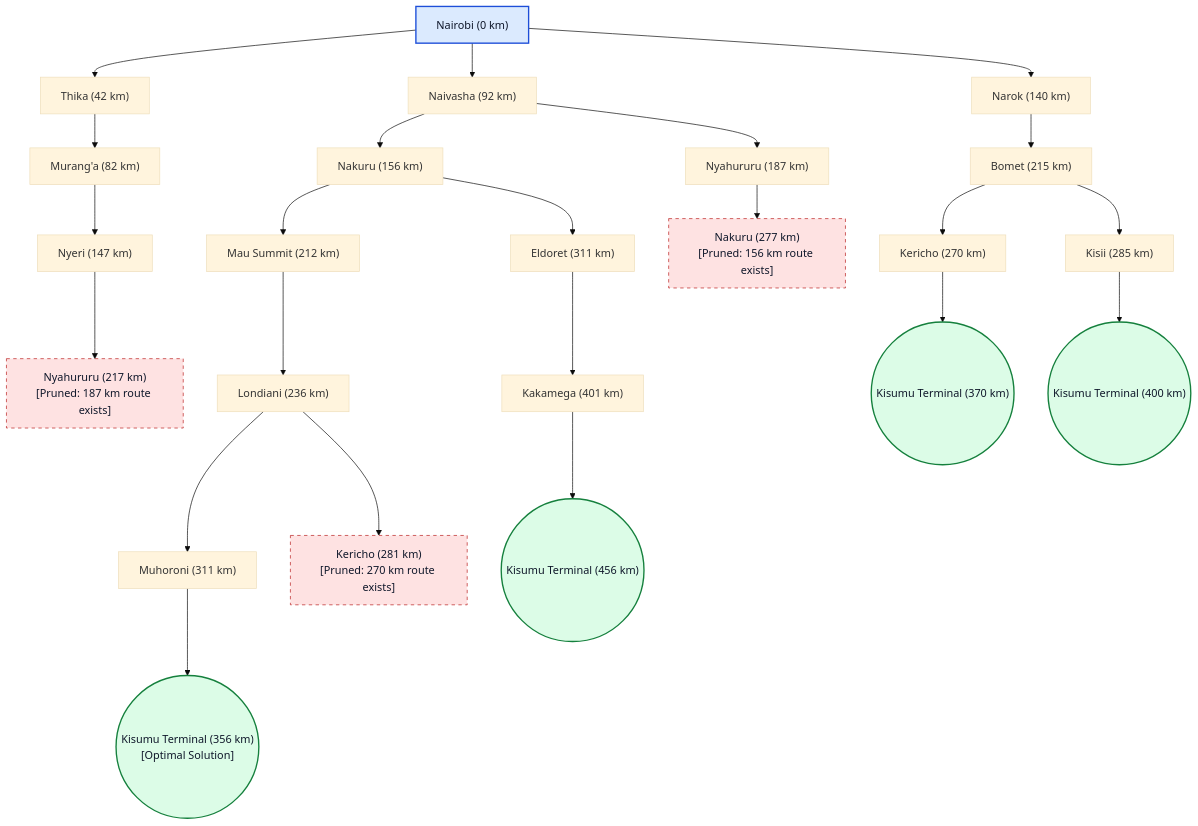
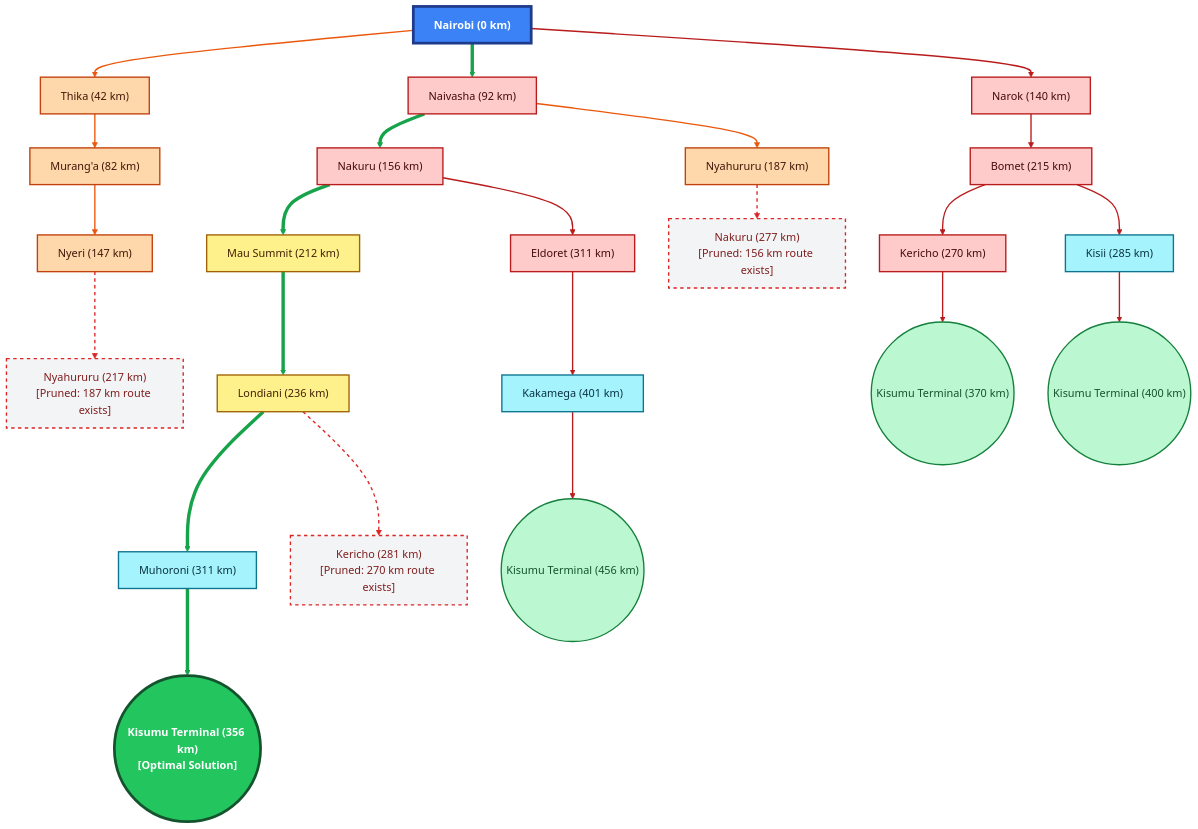
The fourth of 4 diagrams in design.md (Kerry-lab/PS-Agents), drawn with Mermaid (base theme) before and after one commit. The commit also changed other lines of this file, not shown here.

````diff
--- a/design.md
+++ b/design.md
@@ -146,38 +199,60 @@
 ```mermaid
 flowchart TD
     ROOT["Nairobi (0 km)"]
 
     ROOT --> BRANCH_THK["Thika (42 km)"]
     BRANCH_THK --> BRANCH_MRG["Murang'a (82 km)"]
     BRANCH_MRG --> BRANCH_NYR["Nyeri (147 km)"]
     BRANCH_NYR --> PRUNED_NYH["Nyahururu (217 km)<br/>[Pruned: 187 km route exists]"]
 
     ROOT --> BRANCH_NVS["Naivasha (92 km)"]
     BRANCH_NVS --> BRANCH_NKR["Nakuru (156 km)"]
     BRANCH_NKR --> BRANCH_MSM["Mau Summit (212 km)"]
     BRANCH_MSM --> BRANCH_LDN["Londiani (236 km)"]
     BRANCH_LDN --> BRANCH_MHR["Muhoroni (311 km)"]
     BRANCH_MHR --> GOAL_PRIMARY(("Kisumu Terminal (356 km)<br/>[Optimal Solution]"))
 
     BRANCH_LDN --> PRUNED_KRC["Kericho (281 km)<br/>[Pruned: 270 km route exists]"]
     BRANCH_NKR --> BRANCH_ELD["Eldoret (311 km)"]
     BRANCH_ELD --> BRANCH_KKM["Kakamega (401 km)"]
     BRANCH_KKM --> GOAL_NORTHERN(("Kisumu Terminal (456 km)"))
 
     BRANCH_NVS --> BRANCH_NYH["Nyahururu (187 km)"]
     BRANCH_NYH --> PRUNED_NKR["Nakuru (277 km)<br/>[Pruned: 156 km route exists]"]
 
     ROOT --> BRANCH_NRK["Narok (140 km)"]
     BRANCH_NRK --> BRANCH_BMT["Bomet (215 km)"]
     BRANCH_BMT --> BRANCH_KRC["Kericho (270 km)"]
     BRANCH_KRC --> GOAL_SOUTHERN(("Kisumu Terminal (370 km)"))
     BRANCH_BMT --> BRANCH_KSI["Kisii (285 km)"]
     BRANCH_KSI --> GOAL_SOUTHWEST(("Kisumu Terminal (400 km)"))
 
-    classDef startStyle fill:#dbeafe,stroke:#1d4ed8,stroke-width:2px,color:#0f172a;
-    classDef goalStyle fill:#dcfce7,stroke:#15803d,stroke-width:2px,color:#0f172a;
-    classDef pruneStyle fill:#fee2e2,stroke:#b91c1c,stroke-dasharray:5 5,color:#0f172a;
+    %% Node styles
+    classDef startStyle fill:#3b82f6,stroke:#1e3a8a,stroke-width:4px,color:#ffffff,font-weight:bold;
+    classDef optimalGoal fill:#22c55e,stroke:#14532d,stroke-width:4px,color:#ffffff,font-weight:bold;
+    classDef otherGoal fill:#bbf7d0,stroke:#15803d,stroke-width:2px,color:#14532d;
+    classDef highlands fill:#fed7aa,stroke:#c2410c,stroke-width:2px,color:#431407;
+    classDef rift fill:#fecaca,stroke:#b91c1c,stroke-width:2px,color:#450a0a;
+    classDef junction fill:#fef08a,stroke:#a16207,stroke-width:2px,color:#422006;
+    classDef lake fill:#a5f3fc,stroke:#0e7490,stroke-width:2px,color:#083344;
+    classDef pruneStyle fill:#f3f4f6,stroke:#dc2626,stroke-width:2px,stroke-dasharray:5 5,color:#7f1d1d;
+
     class ROOT startStyle;
-    class GOAL_PRIMARY,GOAL_NORTHERN,GOAL_SOUTHERN,GOAL_SOUTHWEST goalStyle;
+    class GOAL_PRIMARY optimalGoal;
+    class GOAL_NORTHERN,GOAL_SOUTHERN,GOAL_SOUTHWEST otherGoal;
+    class BRANCH_THK,BRANCH_MRG,BRANCH_NYR,BRANCH_NYH highlands;
+    class BRANCH_NVS,BRANCH_NKR,BRANCH_NRK,BRANCH_BMT,BRANCH_KRC,BRANCH_ELD rift;
+    class BRANCH_MSM,BRANCH_LDN junction;
+    class BRANCH_MHR,BRANCH_KSI,BRANCH_KKM lake;
     class PRUNED_NYH,PRUNED_NKR,PRUNED_KRC pruneStyle;
+
+    %% Edge styles (by order of definition)
+    %% Highlands branches (orange)
+    linkStyle 0,1,2,14 stroke:#ea580c,stroke-width:2px;
+    %% Pruned edges (dashed red)
+    linkStyle 3,10,15 stroke:#dc2626,stroke-width:2px,stroke-dasharray:5 5;
+    %% Optimal path (bold green)
+    linkStyle 4,5,6,7,8,9 stroke:#16a34a,stroke-width:5px;
+    %% Other explored branches (rift red)
+    linkStyle 11,12,13,16,17,18,19,20,21 stroke:#b91c1c,stroke-width:2px;
 ```
````
